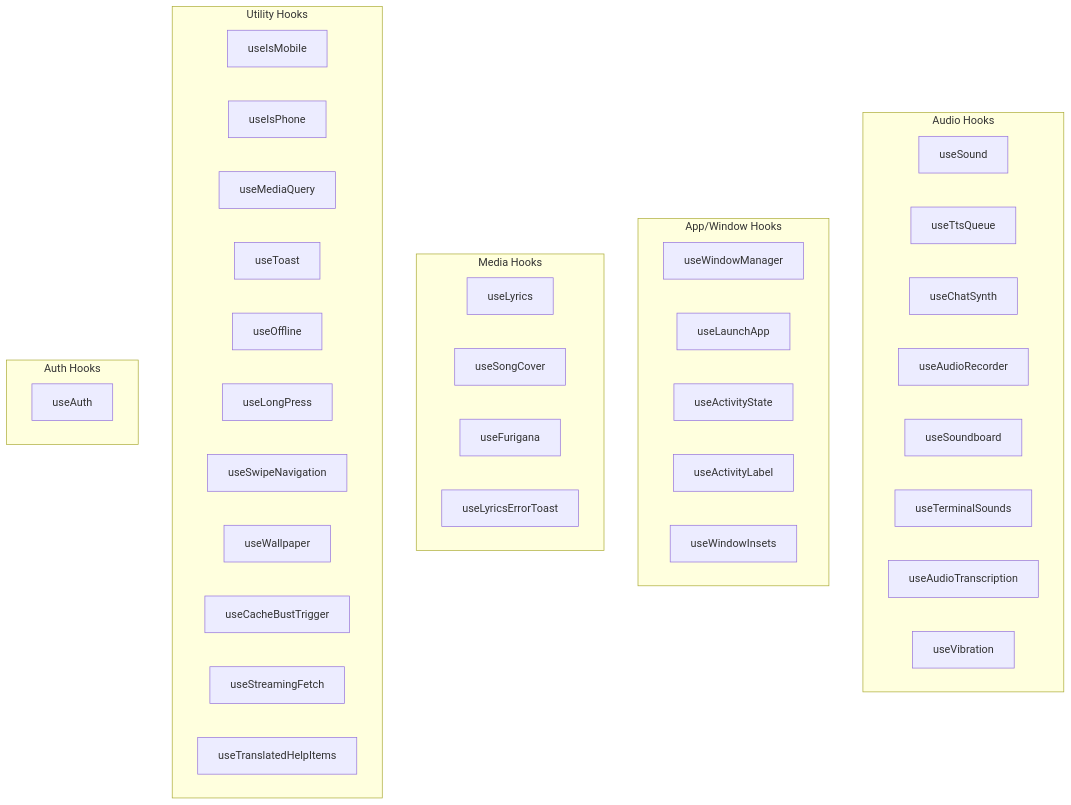
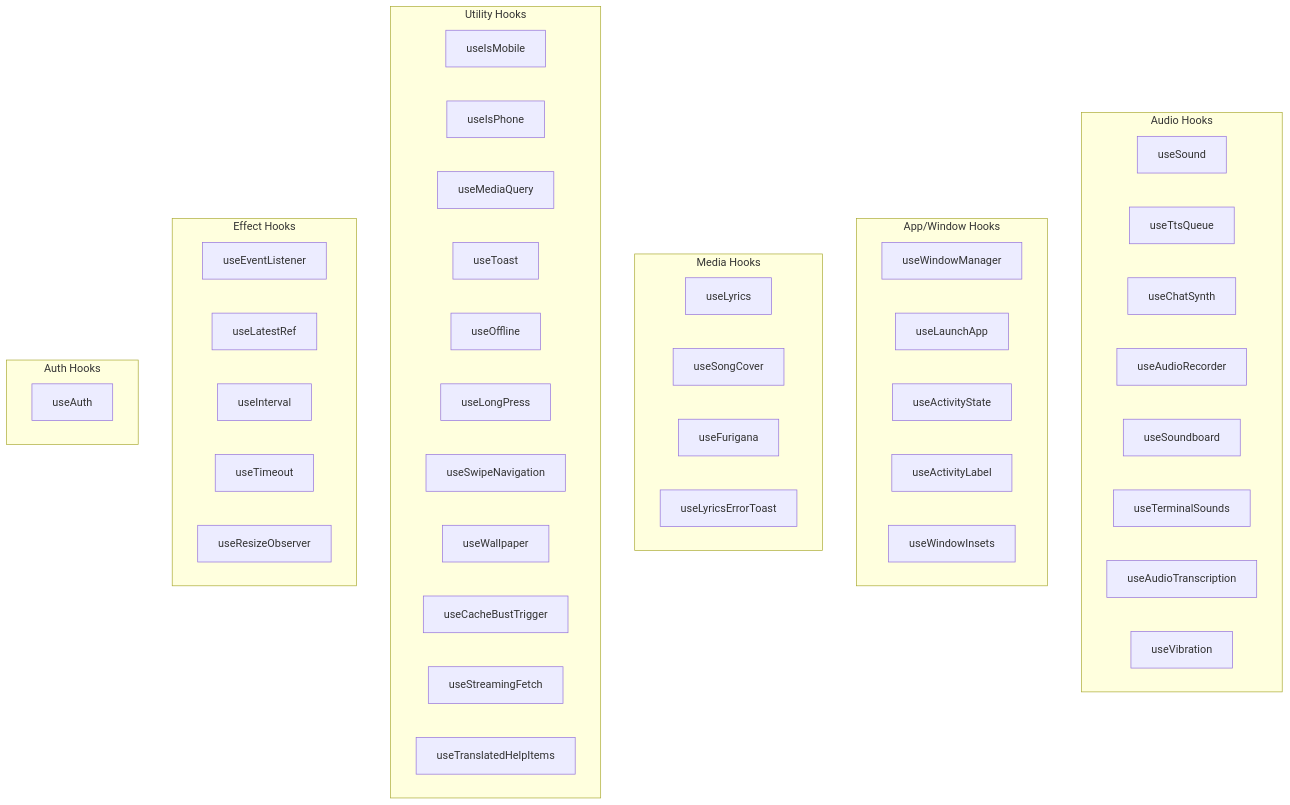
The first of 2 diagrams in docs/3.4-hooks-architecture.md (ryokun6/ryos), drawn with Mermaid before and after one commit. The commit also changed other lines of this file and 46 other files, not shown here.

````diff
--- a/docs/3.4-hooks-architecture.md
+++ b/docs/3.4-hooks-architecture.md
@@ -7,46 +7,54 @@
 ```mermaid
 graph TB
     subgraph Audio["Audio Hooks"]
         US[useSound]
         UTT[useTtsQueue]
         UCS[useChatSynth]
         UAR[useAudioRecorder]
         USB[useSoundboard]
         UTS[useTerminalSounds]
         UAT[useAudioTranscription]
         UV[useVibration]
     end
     
     subgraph Window["App/Window Hooks"]
         UWM[useWindowManager]
         ULA[useLaunchApp]
         UAS[useActivityState]
         UAL[useActivityLabel]
         UWI[useWindowInsets]
     end
     
     subgraph Media["Media Hooks"]
         UL[useLyrics]
         USC[useSongCover]
         UF[useFurigana]
         ULE[useLyricsErrorToast]
     end
     
     subgraph Utility["Utility Hooks"]
         UIM[useIsMobile]
         UIP[useIsPhone]
         UMQ[useMediaQuery]
         UT[useToast]
         UO[useOffline]
         ULP[useLongPress]
         USN[useSwipeNavigation]
         UW[useWallpaper]
         UCB[useCacheBustTrigger]
         USF[useStreamingFetch]
         UTH[useTranslatedHelpItems]
     end
     
+    subgraph Effect["Effect Hooks"]
+        UEL[useEventListener]
+        ULR[useLatestRef]
+        UIT[useInterval]
+        UTO[useTimeout]
+        URO[useResizeObserver]
+    end
+    
     subgraph Auth["Auth Hooks"]
         UA[useAuth]
     end
 ```
````
